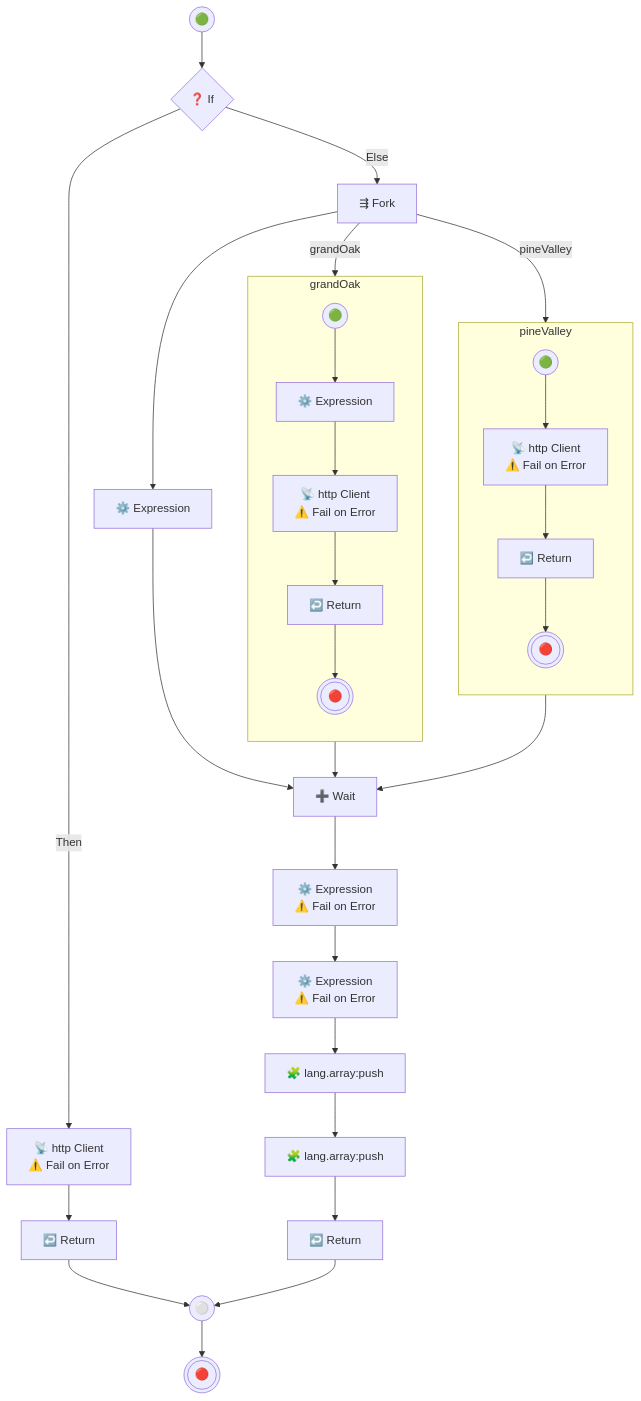
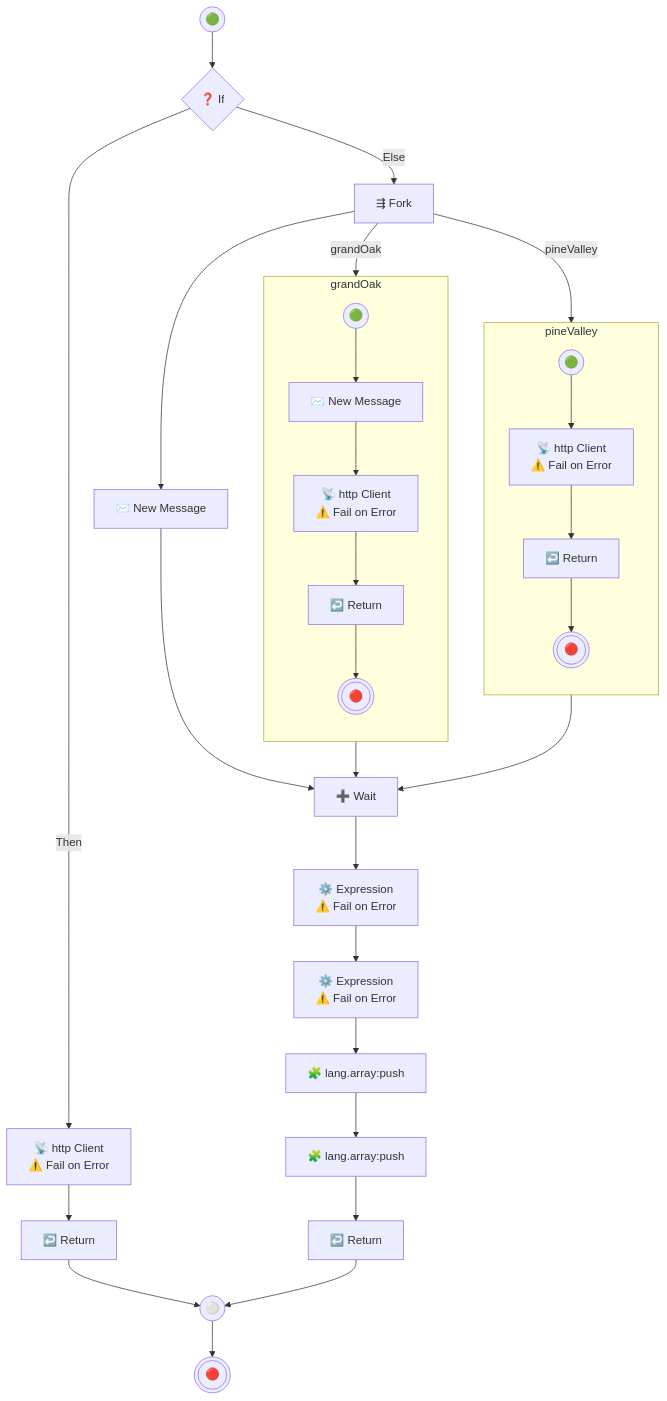
One commit to hasithaa/Diagram changed the first of 2 diagrams in Examples/HospitalService/diagrams/get .md. Above: the diagram before and after it, drawn with Mermaid. The commit also changed other lines of this file and 3 other files, not shown here.

```diff
--- a/Examples/HospitalService/diagrams/get .md
+++ b/Examples/HospitalService/diagrams/get .md
@@ -19,12 +19,12 @@
   subgraph grandOak  ["grandOak "]
   direction TB
     START10(("🟢"))
-    EXPRESSION11["⚙️ Expression"]
+      NEW_PAYLOAD11["✉️ New Message"]
     NETWORK_CALL12["📡 http Client<p>⚠️ Fail on Error</p>"]
     RETURN13["↩️ Return"]
     END14((("🔴")))
   end
-  EXPRESSION15["⚙️ Expression"]
+    NEW_PAYLOAD15["✉️ New Message"]
   WAIT16["➕ Wait"]
   subgraph pineValley  ["pineValley "]
   direction TB
@@ -36,7 +36,7 @@
   subgraph grandOak  ["grandOak "]
   direction TB
     START10(("🟢"))
-    EXPRESSION11["⚙️ Expression"]
+      NEW_PAYLOAD11["✉️ New Message"]
     NETWORK_CALL12["📡 http Client<p>⚠️ Fail on Error</p>"]
     RETURN13["↩️ Return"]
     END14((("🔴")))
@@ -60,12 +60,12 @@
   subgraph grandOak  ["grandOak "]
   direction TB
     START10(("🟢"))
-    EXPRESSION11["⚙️ Expression"]
+      NEW_PAYLOAD11["✉️ New Message"]
     NETWORK_CALL12["📡 http Client<p>⚠️ Fail on Error</p>"]
     RETURN13["↩️ Return"]
     END14((("🔴")))
   end
-  EXPRESSION15["⚙️ Expression"]
+    NEW_PAYLOAD15["✉️ New Message"]
   WAIT16["➕ Wait"]
   subgraph pineValley  ["pineValley "]
   direction TB
@@ -77,7 +77,7 @@
   subgraph grandOak  ["grandOak "]
   direction TB
     START10(("🟢"))
-    EXPRESSION11["⚙️ Expression"]
+      NEW_PAYLOAD11["✉️ New Message"]
     NETWORK_CALL12["📡 http Client<p>⚠️ Fail on Error</p>"]
     RETURN13["↩️ Return"]
     END14((("🔴")))
@@ -97,12 +97,12 @@
   NETWORK_CALL7 --> RETURN8
   RETURN8 --> END9
   FORK5 --> |grandOak | START10
-  START10 --> EXPRESSION11
-  EXPRESSION11 --> NETWORK_CALL12
+    START10 --> NEW_PAYLOAD11
+    NEW_PAYLOAD11 --> NETWORK_CALL12
   NETWORK_CALL12 --> RETURN13
   RETURN13 --> END14
-  FORK5 --> EXPRESSION15
-  EXPRESSION15 --> WAIT16
+    FORK5 --> NEW_PAYLOAD15
+    NEW_PAYLOAD15 --> WAIT16
   END9 --> WAIT16
   END14 --> WAIT16
   WAIT16 --> EXPRESSION17
```
